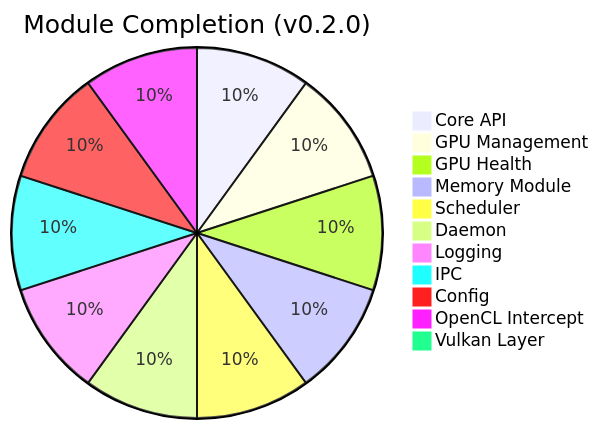
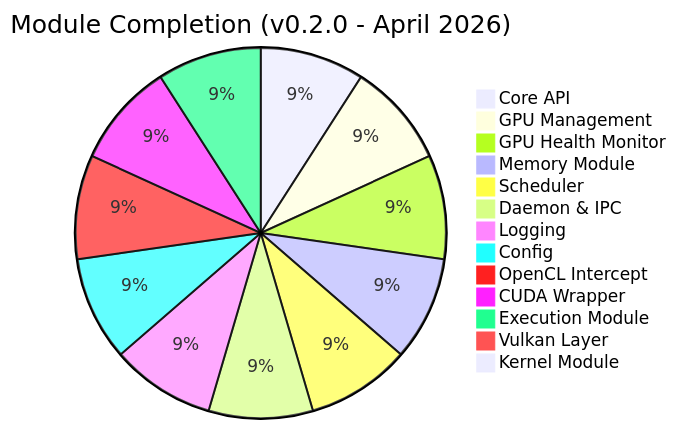
The second of 9 diagrams in docs/PROGRESS.md (TheCreateGM/mvgal), drawn with Mermaid before and after one commit. The commit also changed other lines of this file and 16 other files, not shown here.

First line of the commit message:
docs: Update all markdown files for v0.2.0 Health Monitor

````diff
--- a/docs/PROGRESS.md
+++ b/docs/PROGRESS.md
@@ -53,15 +62,17 @@
 ```mermaid
 pie
-    title Module Completion (v0.2.0)
+    title Module Completion (v0.2.0 - April 2026)
     "Core API" : 100
     "GPU Management" : 100
-    "GPU Health" : 100
+    "GPU Health Monitor" : 100
     "Memory Module" : 100
     "Scheduler" : 100
-    "Daemon" : 100
+    "Daemon & IPC" : 100
     "Logging" : 100
-    "IPC" : 100
     "Config" : 100
     "OpenCL Intercept" : 100
+    "CUDA Wrapper" : 100
+    "Execution Module" : 100
     "Vulkan Layer" : 5
+    "Kernel Module" : 0
 ```
````
